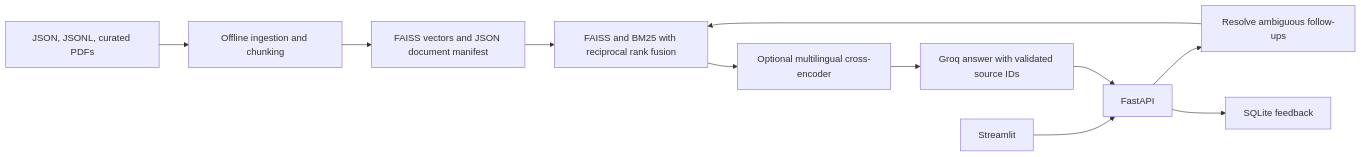
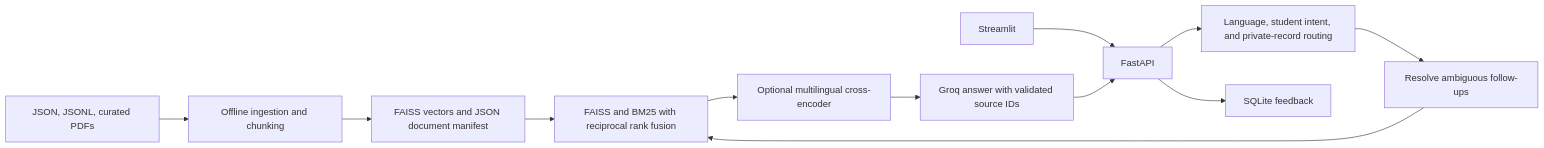
The diagram in README.md (arrahmanriju/Chatbot-SEU), drawn with Mermaid before and after one commit. The commit also changed other lines of this file and 14 other files, not shown here.

````diff
--- a/README.md
+++ b/README.md
@@ -7,13 +7,14 @@
 ```mermaid
 flowchart LR
     Data[JSON, JSONL, curated PDFs] --> Build[Offline ingestion and chunking]
     Build --> Index[FAISS vectors and JSON document manifest]
     UI[Streamlit] --> API[FastAPI]
-    API --> Rewrite[Resolve ambiguous follow-ups]
+    API --> Triage[Language, student intent, and private-record routing]
+    Triage --> Rewrite[Resolve ambiguous follow-ups]
     Rewrite --> Search[FAISS and BM25 with reciprocal rank fusion]
     Index --> Search
     Search --> Rerank[Optional multilingual cross-encoder]
     Rerank --> Answer[Groq answer with validated source IDs]
     Answer --> API
     API --> Feedback[SQLite feedback]
 ```
````
